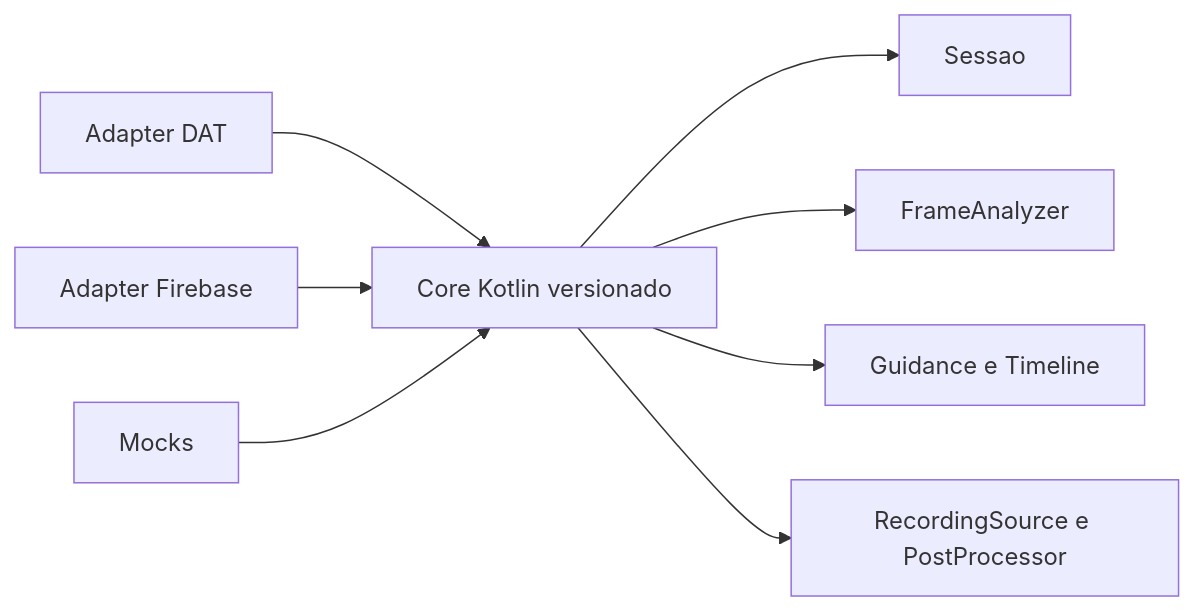
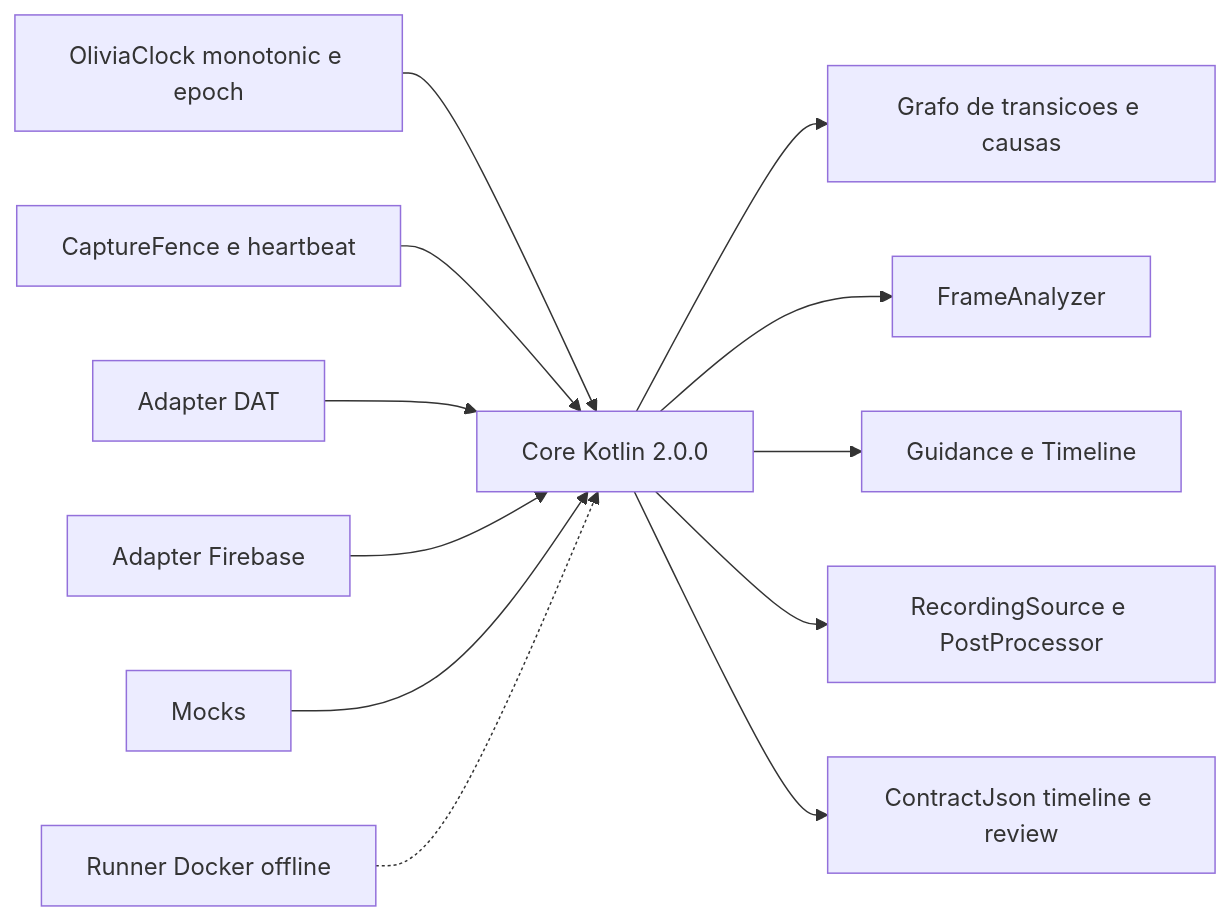
One commit to albuquerquesz/olivia changed the diagram in docs/spec-driven-development/00-contratos-e-fronteiras/diagram.mmd. Above: the diagram before and after it, drawn with Mermaid. The commit also changed other lines of this file and 32 other files, not shown here.

Commit message:
feat: Implement core contracts 2.0 and test runner

```diff
--- a/docs/spec-driven-development/00-contratos-e-fronteiras/diagram.mmd
+++ b/docs/spec-driven-development/00-contratos-e-fronteiras/diagram.mmd
@@ -1,8 +1,12 @@
 flowchart LR
-  Contract[Core Kotlin versionado] --> Session[Sessao]
+  Contract[Core Kotlin 2.0.0] --> Session[Grafo de transicoes e causas]
+  Clock[OliviaClock monotonic e epoch] --> Contract
+  Fence[CaptureFence e heartbeat] --> Contract
   Contract --> Analyze[FrameAnalyzer]
   Contract --> Guide[Guidance e Timeline]
   Contract --> Media[RecordingSource e PostProcessor]
   DAT[Adapter DAT] --> Contract
   Firebase[Adapter Firebase] --> Contract
   Mock[Mocks] --> Contract
+  Contract --> Codec[ContractJson timeline e review]
+  Docker[Runner Docker offline] -.-> Contract
```
